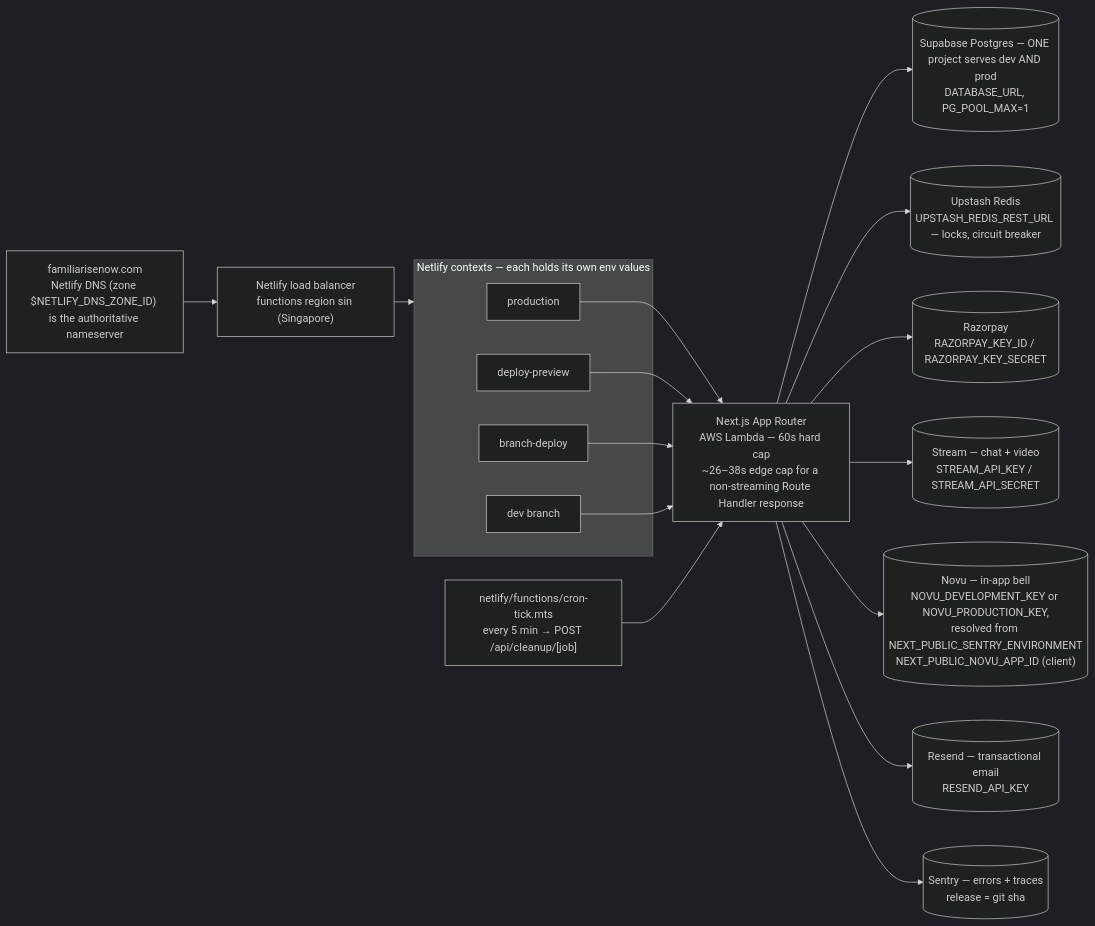
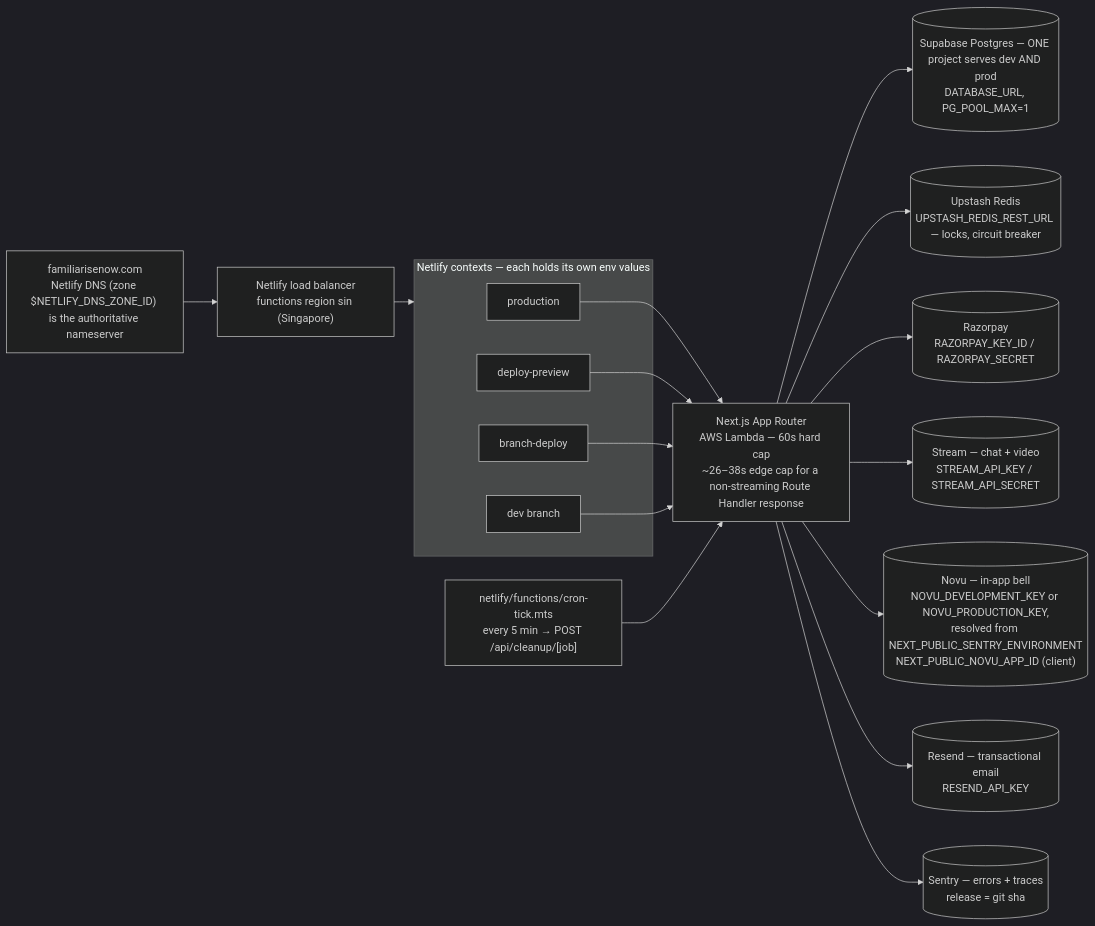
The diagram in docs/deployment/netlify.md (Practitionist/familiarise_web), drawn with Mermaid (dark theme) before and after one commit. The commit also changed other lines of this file and 41 other files, not shown here.

````diff
--- a/docs/deployment/netlify.md
+++ b/docs/deployment/netlify.md
@@ -49,34 +49,34 @@
 ```mermaid
 flowchart LR
   DNS["familiarisenow.com<br/>Netlify DNS (zone $NETLIFY_DNS_ZONE_ID) is the authoritative nameserver"]
   LB["Netlify load balancer<br/>functions region sin (Singapore)"]
   subgraph Contexts["Netlify contexts — each holds its own env values"]
     PROD["production"]
     PREVIEW["deploy-preview"]
     BRANCH["branch-deploy"]
     DEV["dev branch"]
   end
   APP["Next.js App Router<br/>AWS Lambda — 60s hard cap<br/>~26–38s edge cap for a non-streaming Route Handler response"]
   TICK["netlify/functions/cron-tick.mts<br/>every 5 min → POST /api/cleanup/[job]"]
   DB[("Supabase Postgres — ONE project serves dev AND prod<br/>DATABASE_URL, PG_POOL_MAX=1")]
   REDIS[("Upstash Redis<br/>UPSTASH_REDIS_REST_URL — locks, circuit breaker")]
-  RZP[("Razorpay<br/>RAZORPAY_KEY_ID / RAZORPAY_KEY_SECRET")]
+  RZP[("Razorpay<br/>RAZORPAY_KEY_ID / RAZORPAY_SECRET")]
   STREAM[("Stream — chat + video<br/>STREAM_API_KEY / STREAM_API_SECRET")]
   NOVU[("Novu — in-app bell<br/>NOVU_DEVELOPMENT_KEY or NOVU_PRODUCTION_KEY,<br/>resolved from NEXT_PUBLIC_SENTRY_ENVIRONMENT<br/>NEXT_PUBLIC_NOVU_APP_ID (client)")]
   RESEND[("Resend — transactional email<br/>RESEND_API_KEY")]
   SENTRY[("Sentry — errors + traces<br/>release = git sha")]
 
   DNS --> LB --> Contexts
   PROD --> APP
   PREVIEW --> APP
   BRANCH --> APP
   DEV --> APP
   APP --> DB
   APP --> REDIS
   APP --> RZP
   APP --> STREAM
   APP --> NOVU
   APP --> RESEND
   APP --> SENTRY
   TICK --> APP
 ```
````
